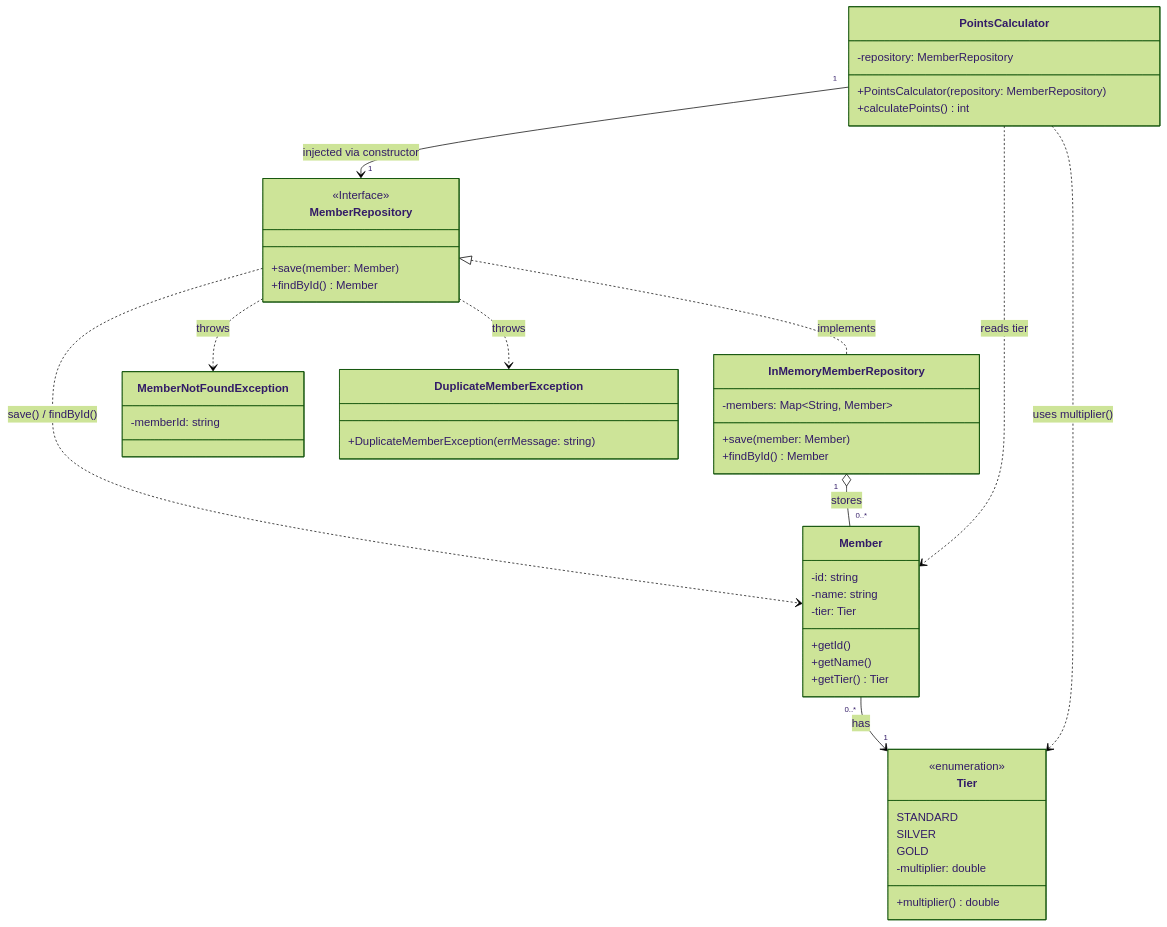
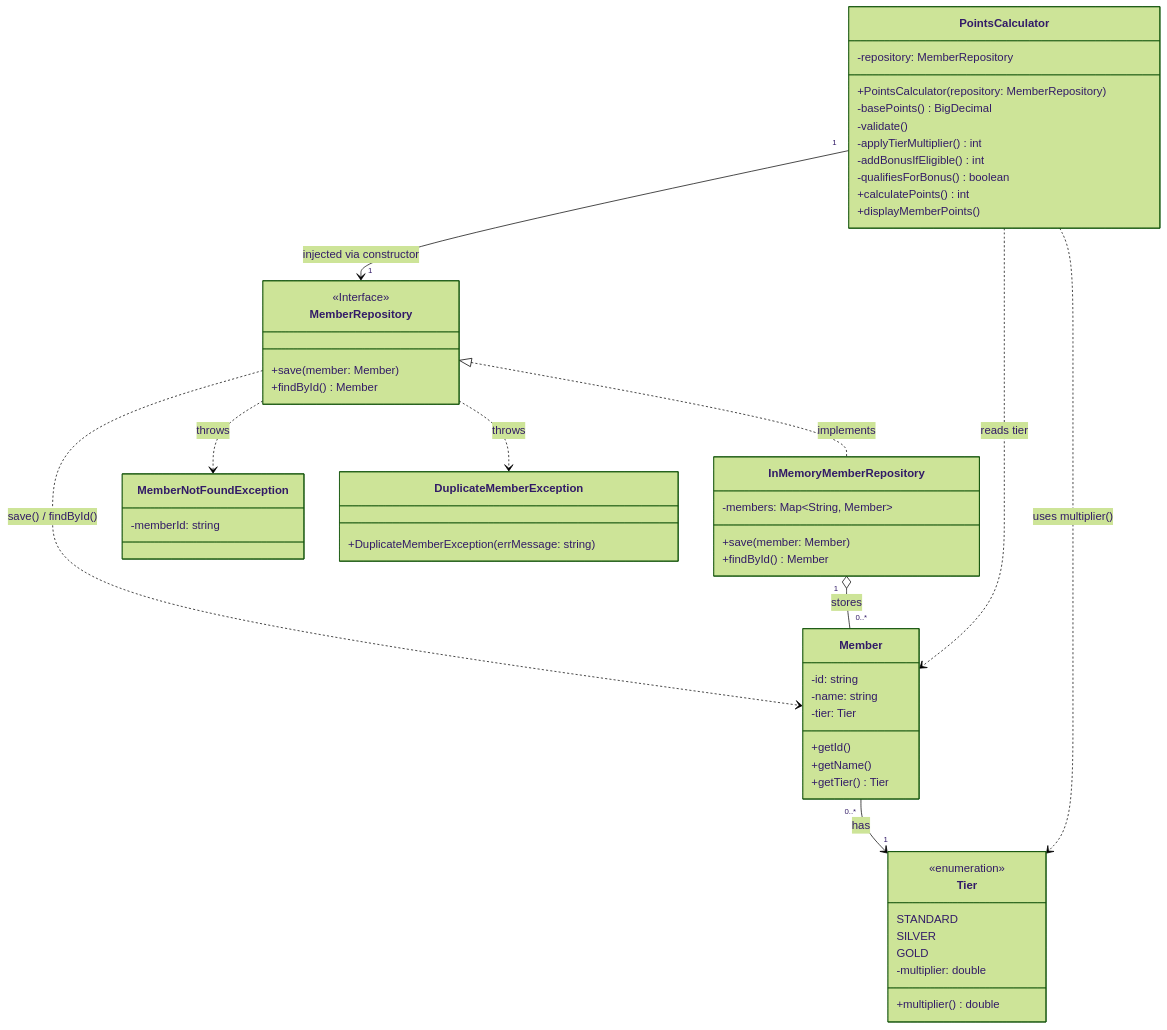
The diagram in ANALYSIS.md (prince-kofi-asiedu/brightline-loyalty-system), drawn with Mermaid (forest theme) before and after one commit. The commit also changed 2 other files, not shown here.

Commit message:
docs: document PointsCalculator methods and signatures
Update the docs to cover the refactored PointsCalculator API:
basePoints (BigDecimal), validate, applyTierMultiplier (int),
addBonusIfEligible (int), qualifiesForBonus (boolean), and the
public calculatePoints (int) and displayMemberPoints methods.

No behavior change.

````diff
--- a/ANALYSIS.md
+++ b/ANALYSIS.md
@@ -55,67 +55,74 @@
 ```mermaid
 classDiagram
 class Member {
     -id: string
     -name: string
     -tier: Tier
     +getId()
     +getName()
     +getTier() Tier
 }
 
 
 class Tier {
     <<enumeration>>
     STANDARD
     SILVER
     GOLD
     -multiplier: double
     +multiplier() double
 }
 
 
 class MemberRepository {
     <<Interface>>
     +save(member: Member)
     +findById() Member
 }
 
 
 class InMemoryMemberRepository {
     -members: Map~String, Member~
     +save(member: Member)
     +findById() Member
 }
 
 
 class MemberNotFoundException {
     -memberId: string
 }
 
 
 class DuplicateMemberException {
     +DuplicateMemberException(errMessage: string)
 }
 
 
 class PointsCalculator {
     -repository: MemberRepository
     +PointsCalculator(repository: MemberRepository)
+    -basePoints() BigDecimal
+    -validate()
+    -applyTierMultiplier() int
+    -addBonusIfEligible() int
+    -qualifiesForBonus() boolean
     +calculatePoints() int
+    +displayMemberPoints()
+    
 }
 
 
 Member "0..*" --> "1" Tier : has
 
 
 MemberRepository <|.. InMemoryMemberRepository : implements
 MemberRepository ..> Member : save() / findById()
 MemberRepository ..> MemberNotFoundException : throws
 MemberRepository ..> DuplicateMemberException : throws
 InMemoryMemberRepository "1" o-- "0..*" Member : stores
 
 
 PointsCalculator "1" --> "1" MemberRepository : injected via constructor
 PointsCalculator ..> Member : reads tier
 PointsCalculator ..> Tier : uses multiplier()
 ```
````
